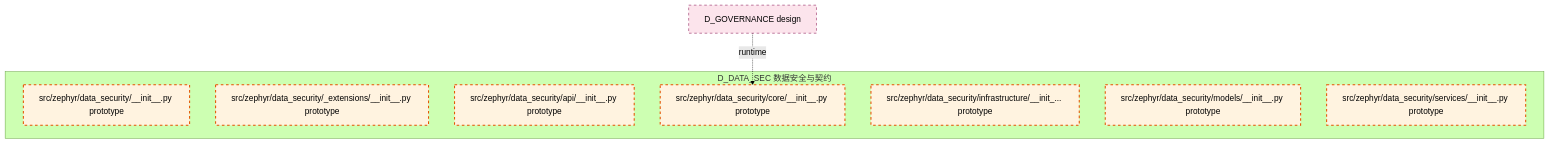
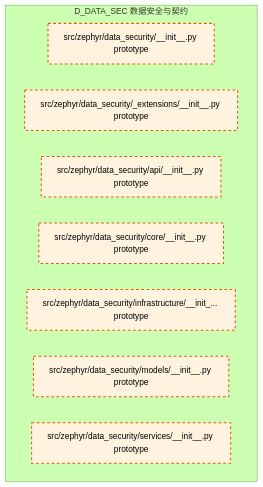
The diagram in docs/02_enterprise_architecture/02_domain_architecture_docs/10_d_data_sec.md (xuanFelixVan/ZephyrAlpha), drawn with Mermaid (forest theme) before and after one commit. The commit also changed other lines of this file and 100 other files, not shown here.

````diff
--- a/docs/02_enterprise_architecture/02_domain_architecture_docs/10_d_data_sec.md
+++ b/docs/02_enterprise_architecture/02_domain_architecture_docs/10_d_data_sec.md
@@ -47,20 +47,17 @@
 ```mermaid
 graph TD
     subgraph D_DATA_SEC["D_DATA_SEC 数据安全与契约"]
         src_zephyr_data_security_init_py["src/zephyr/data_security/__init__.py prototype"]
         src_zephyr_data_security_extensions_init_py["src/zephyr/data_security/_extensions/__init__.py prototype"]
         src_zephyr_data_security_api_init_py["src/zephyr/data_security/api/__init__.py prototype"]
         src_zephyr_data_security_core_init_py["src/zephyr/data_security/core/__init__.py prototype"]
         src_zephyr_data_security_infrastructure_init_py["src/zephyr/data_security/infrastructure/__init_... prototype"]
         src_zephyr_data_security_models_init_py["src/zephyr/data_security/models/__init__.py prototype"]
         src_zephyr_data_security_services_init_py["src/zephyr/data_security/services/__init__.py prototype"]
     end
-    D_GOVERNANCE["D_GOVERNANCE design"]
-    D_GOVERNANCE -.->|runtime| src_zephyr_data_security_core_init_py
     classDef production fill:#e1f5fe,stroke:#01579b,stroke-width:2px,color:#000
     classDef design fill:#fff3e0,stroke:#e65100,stroke-width:2px,color:#000,stroke-dasharray: 5 5
     classDef external_prod fill:#e8f5e9,stroke:#1b5e20,stroke-width:1px,color:#000
     classDef external_design fill:#fce4ec,stroke:#880e4f,stroke-width:1px,color:#000,stroke-dasharray: 5 5
     class src_zephyr_data_security_init_py,src_zephyr_data_security_extensions_init_py,src_zephyr_data_security_api_init_py,src_zephyr_data_security_core_init_py,src_zephyr_data_security_infrastructure_init_py,src_zephyr_data_security_models_init_py,src_zephyr_data_security_services_init_py design
-    class D_GOVERNANCE external_design
 ```
````
